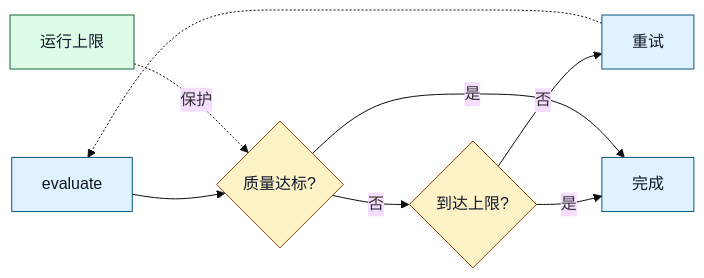
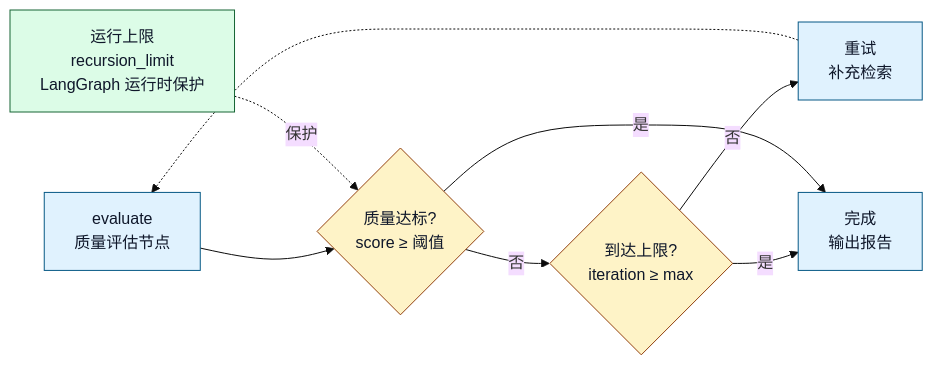
One commit to sealzrt/2026-08--agent changed diagram 11 of 13 in ai-agent学习/06.LangGraph入门/16.LangGraph业务落地项目架构.md. Above: the diagram before and after it, drawn with Mermaid (base theme). The commit also changed other lines of this file and 13 other files, not shown here.

````diff
--- a/ai-agent学习/06.LangGraph入门/16.LangGraph业务落地项目架构.md
+++ b/ai-agent学习/06.LangGraph入门/16.LangGraph业务落地项目架构.md
@@ -365,16 +419,16 @@
 ```mermaid
 flowchart LR
-    Eval[evaluate] --> Q1{"质量达标?"}
-    Q1 -->|否| Q2{"到达上限?"}
-    Q2 -->|否| Retry[重试]
-    Q2 -->|是| Done[完成]
+    Eval["evaluate<br/>质量评估节点"] --> Q1{"质量达标?<br/>score ≥ 阈值"}
+    Q1 -->|否| Q2{"到达上限?<br/>iteration ≥ max"}
+    Q2 -->|否| Retry["重试<br/>补充检索"]
+    Q2 -->|是| Done["完成<br/>输出报告"]
     Q1 -->|是| Done
     Retry -.-> Eval
-    Limit[运行上限] -.->|保护| Q1
+    Limit["运行上限<br/>recursion_limit<br/>LangGraph 运行时保护"] -.->|保护| Q1
     classDef core fill:#e0f2fe,stroke:#075985,color:#0f172a
     classDef biz fill:#fef3c7,stroke:#92400e,color:#0f172a
     classDef cap fill:#dcfce7,stroke:#166534,color:#0f172a
     class Eval,Retry,Done core
     class Q1,Q2 biz
     class Limit cap
 ```
````
